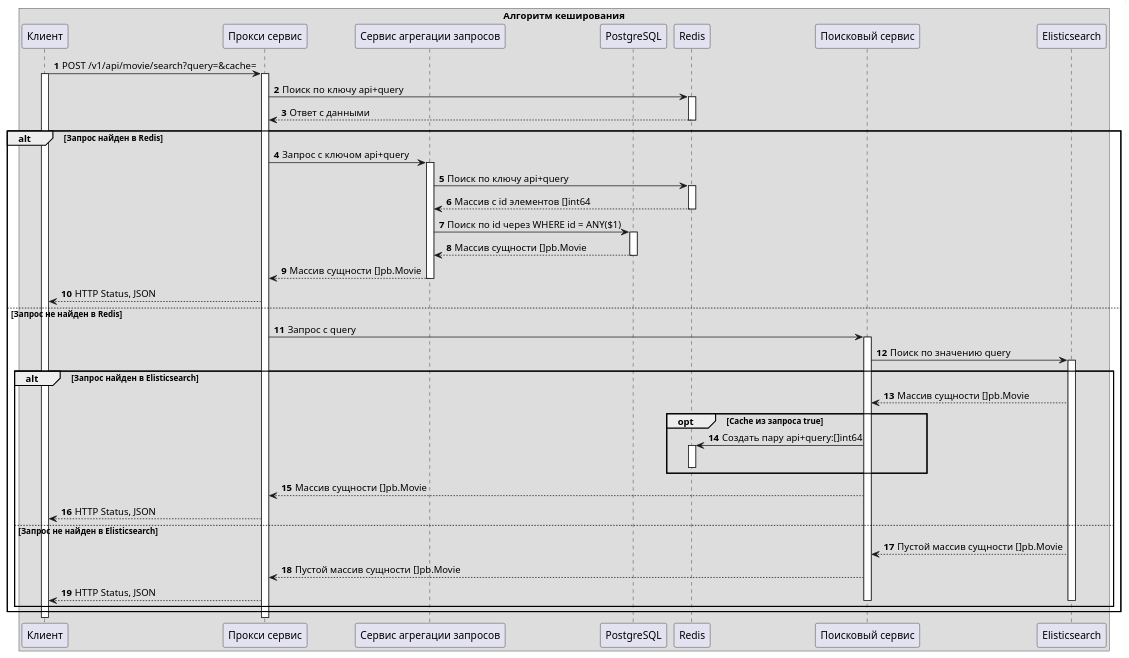
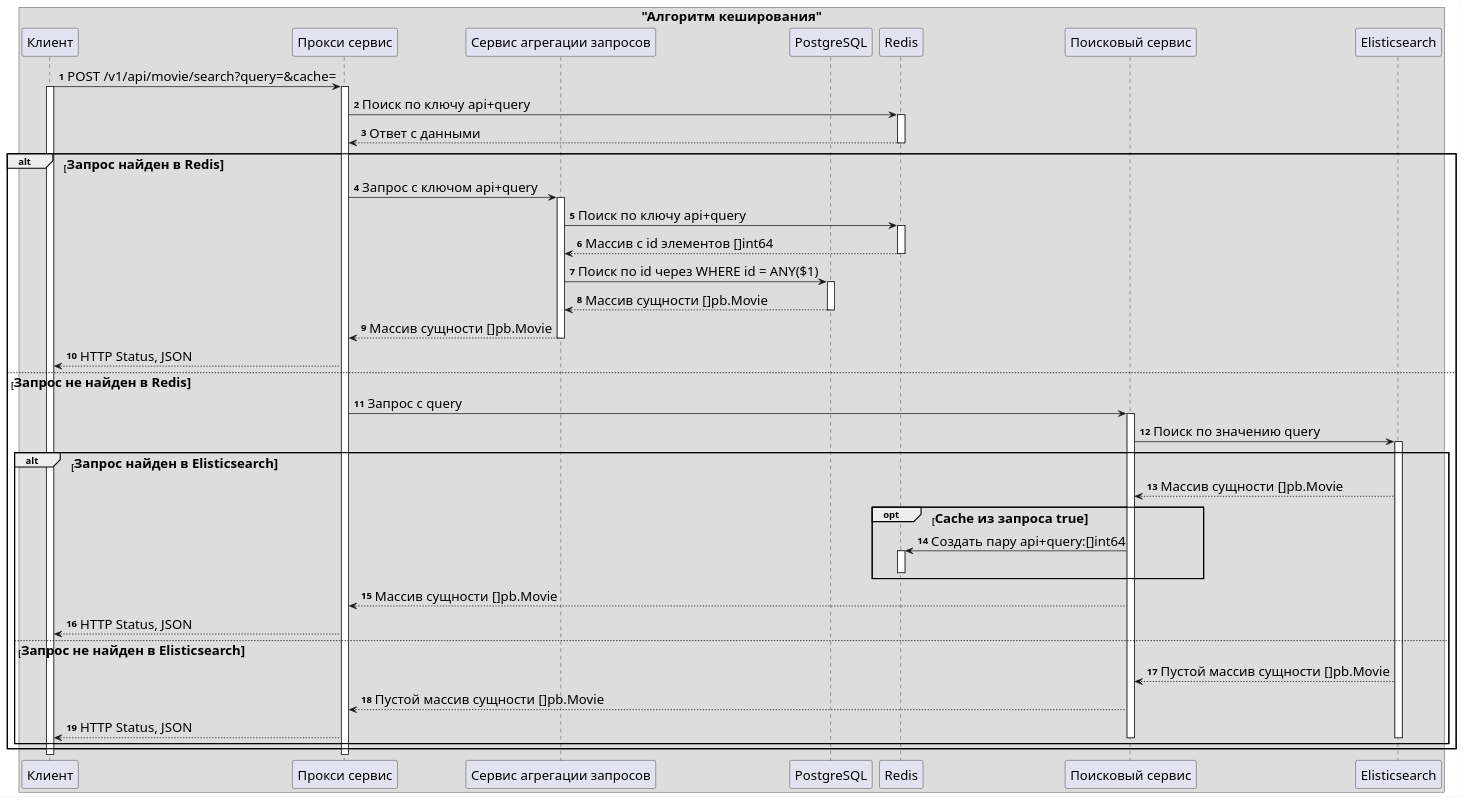
The diagram in cache.puml (Enthreeka/graduate-work), drawn with PlantUML before and after one commit. The commit also changed 24 other files, not shown here.

```diff
--- a/cache.puml
+++ b/cache.puml
@@ -1,88 +1,88 @@
 @startuml
 'https://plantuml.com/sequence-diagram
 
 
 autonumber
 
-box "Алгоритм кеширования"
+box <size:18>"Алгоритм кеширования"
 
-participant "Клиент" as cl
-participant "Прокси сервис" as proxy
-participant "Сервис агрегации запросов" as agregator
-participant "PostgreSQL" as postgres
-participant "Redis" as redis
-participant "Поисковый сервис" as search
-participant "Elisticsearch" as elastic
+participant "<size:18>Клиент" as cl
+participant "<size:18>Прокси сервис" as proxy
+participant "<size:18>Сервис агрегации запросов" as agregator
+participant "<size:18>PostgreSQL" as postgres
+participant "<size:18>Redis" as redis
+participant "<size:18>Поисковый сервис" as search
+participant "<size:18>Elisticsearch" as elastic
 
-cl -> proxy: POST /v1/api/movie/search?query=&cache=
+cl -> proxy: <size:18>POST /v1/api/movie/search?query=&cache=</size>
 activate proxy
 activate cl
 
-proxy -> redis: Поиск по ключу api+query
+proxy -> redis: <size:18>Поиск по ключу api+query
 activate redis
 
-redis --> proxy: Ответ с данными
+redis --> proxy:  <size:18>Ответ с данными</size>
 deactivate redis
 
-alt Запрос найден в Redis
+alt <size:18>Запрос найден в Redis
 
-proxy -> agregator: Запрос с ключом api+query
+proxy -> agregator: <size:18>Запрос с ключом api+query
 activate agregator
 
-agregator -> redis: Поиск по ключу api+query
+agregator -> redis: <size:18>Поиск по ключу api+query
 activate redis
 
-redis --> agregator: Массив с id элементов []int64
+redis --> agregator: <size:18>Массив с id элементов []int64
 deactivate redis
 
-agregator -> postgres: Поиск по id через WHERE id = ANY($1)
+agregator -> postgres: <size:18>Поиск по id через WHERE id = ANY($1)
 activate postgres
 
-postgres --> agregator: Массив сущности []pb.Movie
+postgres --> agregator: <size:18>Массив сущности []pb.Movie
 deactivate postgres
 
-agregator --> proxy: Массив сущности []pb.Movie
+agregator --> proxy: <size:18>Массив сущности []pb.Movie
 deactivate agregator
 
-proxy --> cl: HTTP Status, JSON
+proxy --> cl: <size:18>HTTP Status, JSON
 
-else Запрос не найден в Redis
+else <size:18>Запрос не найден в Redis
 
-proxy -> search: Запрос с query
+proxy -> search: <size:18>Запрос с query
 activate search
 
-search -> elastic: Поиск по значению query
+search -> elastic: <size:18>Поиск по значению query
 activate elastic
 
 
-alt Запрос найден в Elisticsearch
+alt <size:18>Запрос найден в Elisticsearch
 
-elastic --> search: Массив сущности []pb.Movie
+elastic --> search: <size:18>Массив сущности []pb.Movie
 
-opt Cache из запроса true
-search -> redis: Создать пару api+query:[]int64
+opt <size:18>Cache из запроса true
+search -> redis: <size:18>Создать пару api+query:[]int64
 activate redis
 deactivate redis
 end
 
-search --> proxy: Массив сущности []pb.Movie
+search --> proxy: <size:18>Массив сущности []pb.Movie
 
-proxy --> cl: HTTP Status, JSON
+proxy --> cl: <size:18>HTTP Status, JSON
 
-else Запрос не найден в Elisticsearch
+else <size:18>Запрос не найден в Elisticsearch
 
-elastic --> search: Пустой массив сущности []pb.Movie
+elastic --> search: <size:18>Пустой массив сущности []pb.Movie
 
-search --> proxy: Пустой массив сущности []pb.Movie
+search --> proxy: <size:18>Пустой массив сущности []pb.Movie
 
-proxy --> cl: HTTP Status, JSON
+proxy --> cl: <size:18>HTTP Status, JSON
 
 
 deactivate search
 deactivate elastic
 
 
 end
 end
 
 @enduml
```
